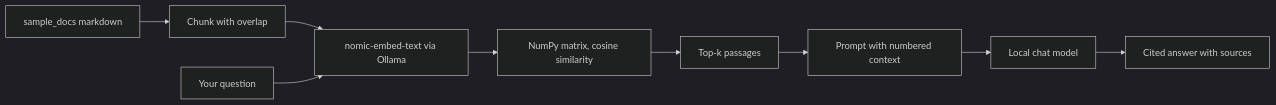
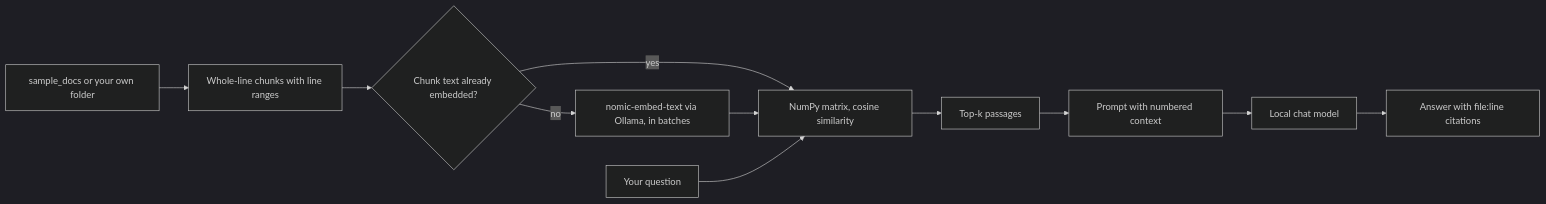
Before and after one commit to AleBrito124356/ollama-local-llm-kit: the second of 2 diagrams in README.md, drawn with Mermaid (dark theme). The commit also changed other lines of this file and 5 other files, not shown here.

````diff
--- a/README.md
+++ b/README.md
@@ -50,11 +52,13 @@
 ```mermaid
 flowchart LR
-    Docs[sample_docs markdown] --> Chunk[Chunk with overlap]
-    Chunk --> Embed[nomic-embed-text via Ollama]
-    Embed --> Store[NumPy matrix, cosine similarity]
-    Query[Your question] --> Embed
+    Docs[sample_docs or your own folder] --> Chunk[Whole-line chunks with line ranges]
+    Chunk --> Cache{Chunk text already embedded?}
+    Cache -->|no| Embed[nomic-embed-text via Ollama, in batches]
+    Cache -->|yes| Store[NumPy matrix, cosine similarity]
+    Embed --> Store
+    Query[Your question] --> Store
     Store --> Retrieve[Top-k passages]
     Retrieve --> Prompt[Prompt with numbered context]
     Prompt --> Chat[Local chat model]
-    Chat --> Answer[Cited answer with sources]
+    Chat --> Answer[Answer with file:line citations]
 ```
````
